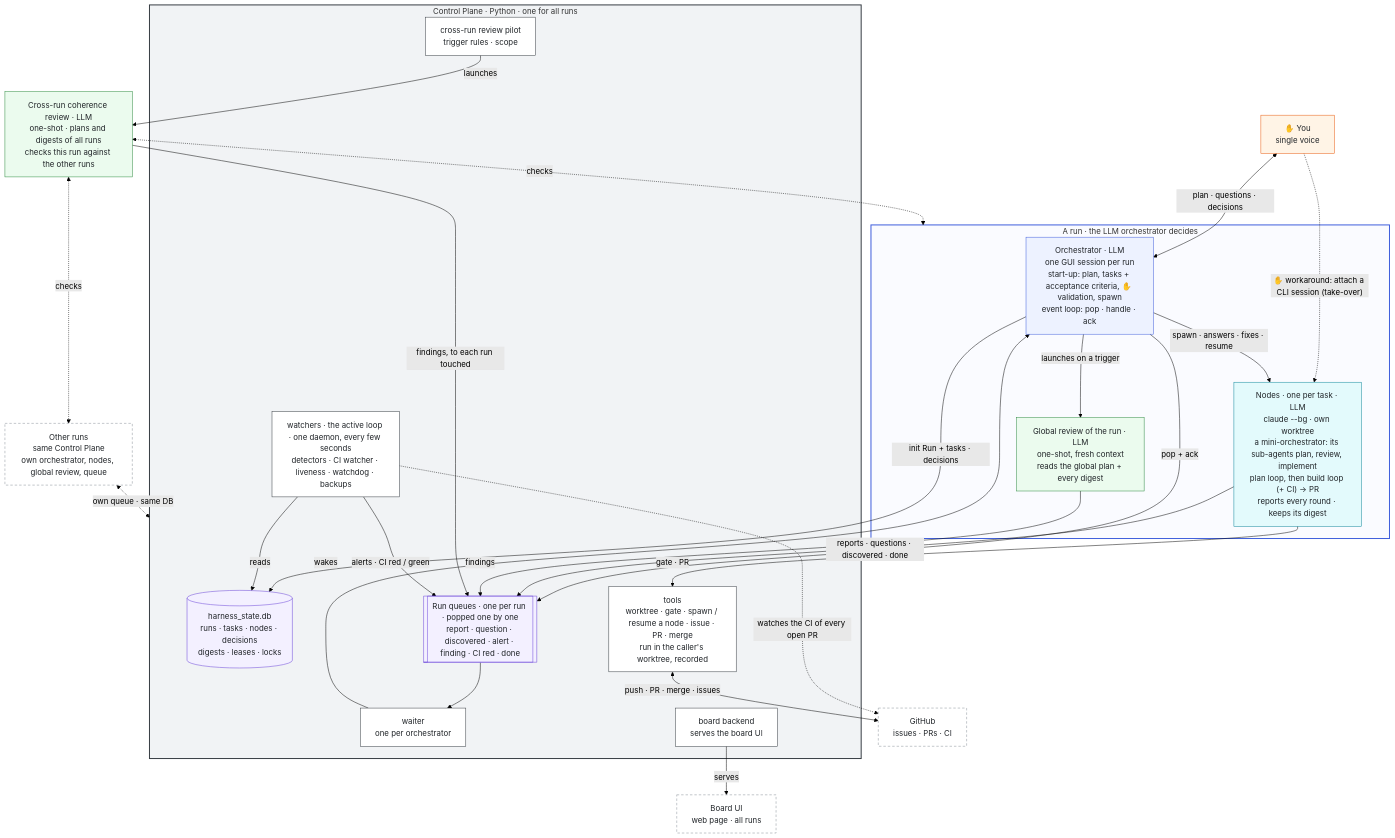
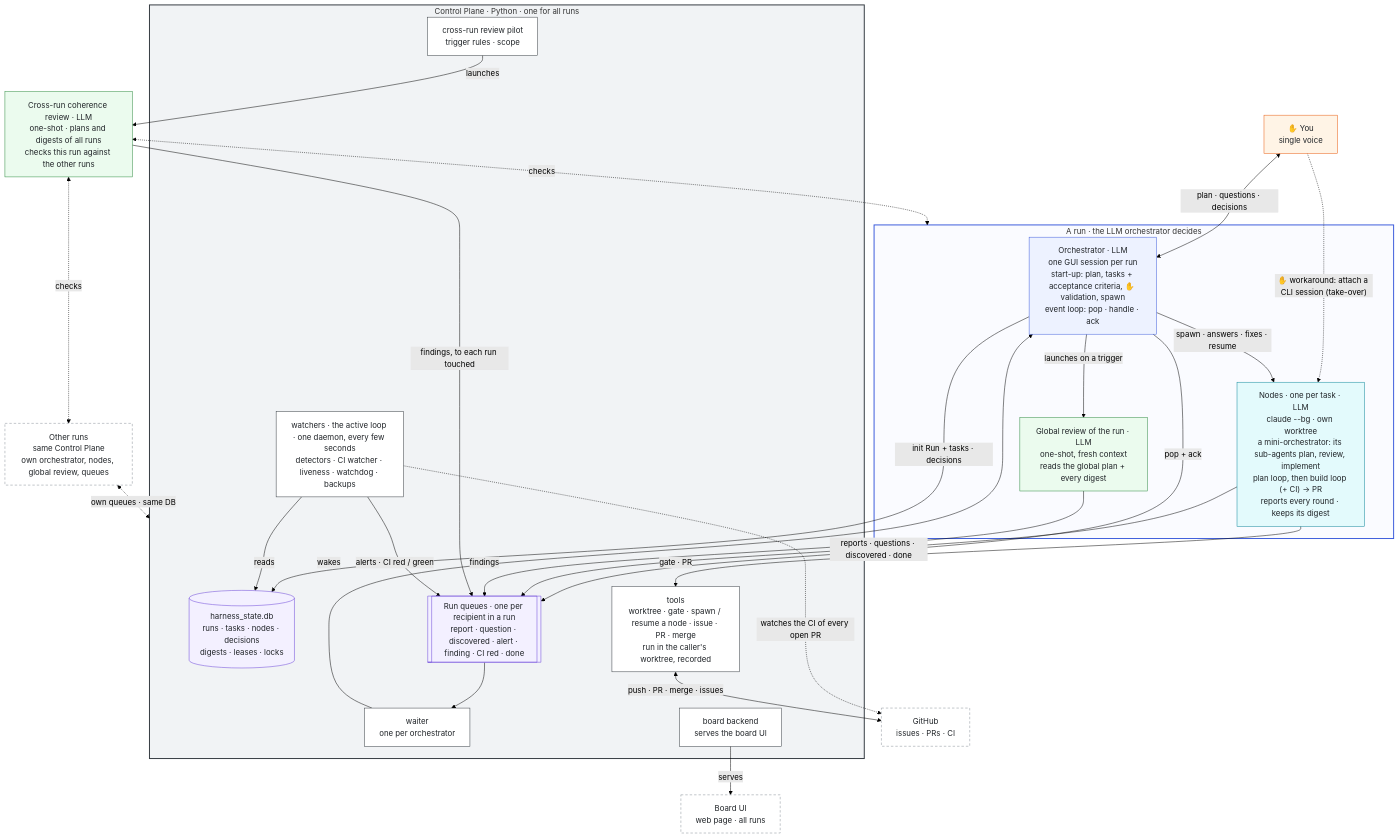
One commit to tmenguy/quiet-solar changed the first of 7 diagrams in docs/epics/QS-369.md. Above: the diagram before and after it, drawn with Mermaid (forest theme). The commit also changed other lines of this file and 15 other files, not shown here.

```diff
--- a/docs/epics/QS-369.md
+++ b/docs/epics/QS-369.md
@@ -636,13 +636,13 @@
         nodes["Nodes · one per task · LLM<br/>claude --bg · own worktree<br/>a mini-orchestrator: its sub-agents plan, review, implement<br/>plan loop, then build loop (+ CI) → PR<br/>reports every round · keeps its digest"]
     end
 
-    other["Other runs<br/>same Control Plane<br/>own orchestrator, nodes, global review, queue"]
+    other["Other runs<br/>same Control Plane<br/>own orchestrator, nodes, global review, queues"]
     xr["Cross-run coherence review · LLM<br/>one-shot · plans and digests of all runs<br/>checks this run against the other runs"]
 
     subgraph CP["Control Plane · Python · one for all runs"]
         state[("harness_state.db<br/>runs · tasks · nodes · decisions<br/>digests · leases · locks")]
         waiter["waiter<br/>one per orchestrator"]
-        queue[["Run queues · one per run · popped one by one<br/>report · question · discovered · alert · finding · CI red · done"]]
+        queue[["Run queues · one per recipient in a run<br/>report · question · discovered · alert · finding · CI red · done"]]
         tools["tools<br/>worktree · gate · spawn / resume a node · issue · PR · merge<br/>run in the caller's worktree, recorded"]
         pilot["cross-run review pilot<br/>trigger rules · scope"]
         watch["watchers · the active loop · one daemon, every few seconds<br/>detectors · CI watcher · liveness · watchdog · backups"]
@@ -667,7 +667,7 @@
     xr -->|"findings, to each run touched"| queue
     xr <-.->|"checks"| RUN
     xr <-.->|"checks"| other
-    other <-.->|"own queue · same DB"| CP
+    other <-.->|"own queues · same DB"| CP
     watch -->|"reads"| state
     watch -->|"alerts · CI red / green"| queue
     watch -.->|"watches the CI of every open PR"| gh
```
